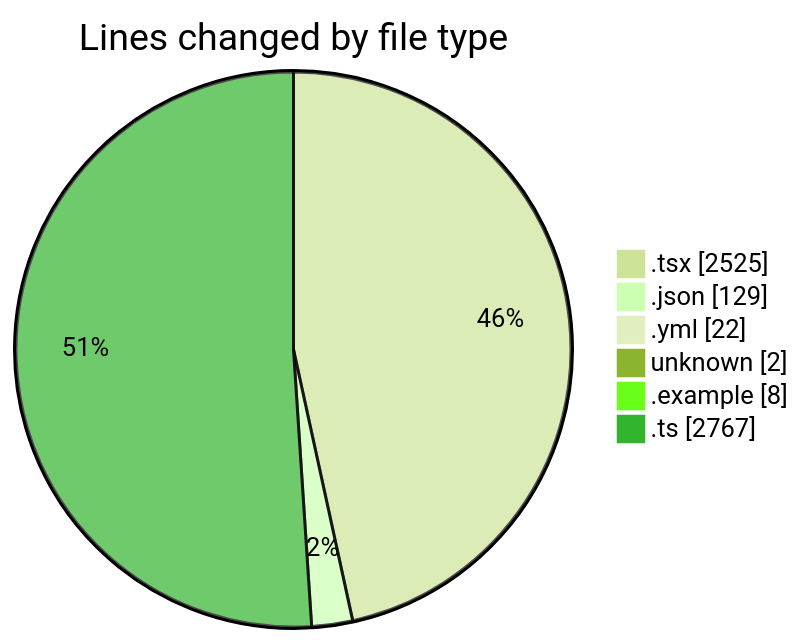
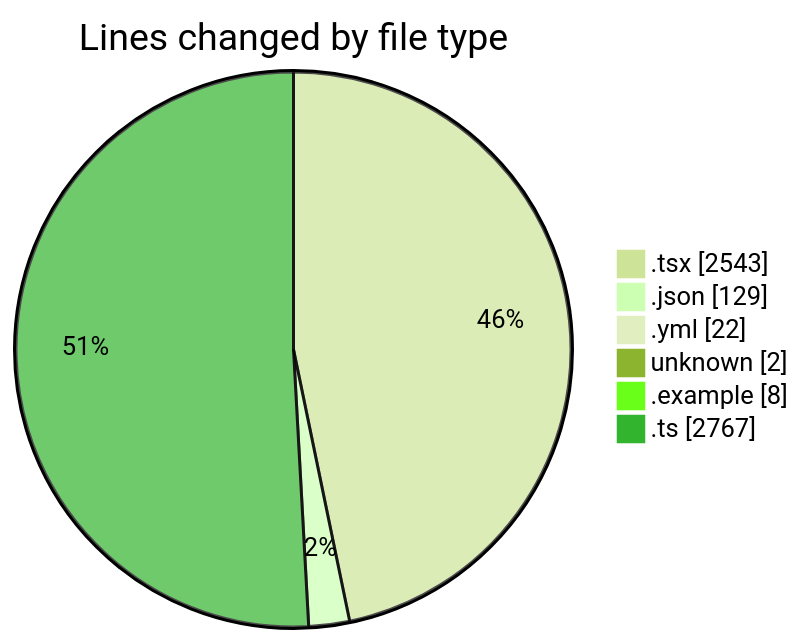
The first of 2 diagrams in 2025-11-21/eventscop-frontend-guide__workspace_/README.md (julien-gomy/code-tracking), drawn with Mermaid (forest theme) before and after one commit. The commit also changed other lines of this file and 1 other file, not shown here.

````diff
--- a/2025-11-21/eventscop-frontend-guide__workspace_/README.md
+++ b/2025-11-21/eventscop-frontend-guide__workspace_/README.md
@@ -58,10 +58,10 @@
 ```mermaid
 pie showData
 title Lines changed by file type
-".tsx" : 2525
+".tsx" : 2543
 ".json" : 129
 ".yml" : 22
 "unknown" : 2
 ".example" : 8
 ".ts" : 2767
 ```
````
